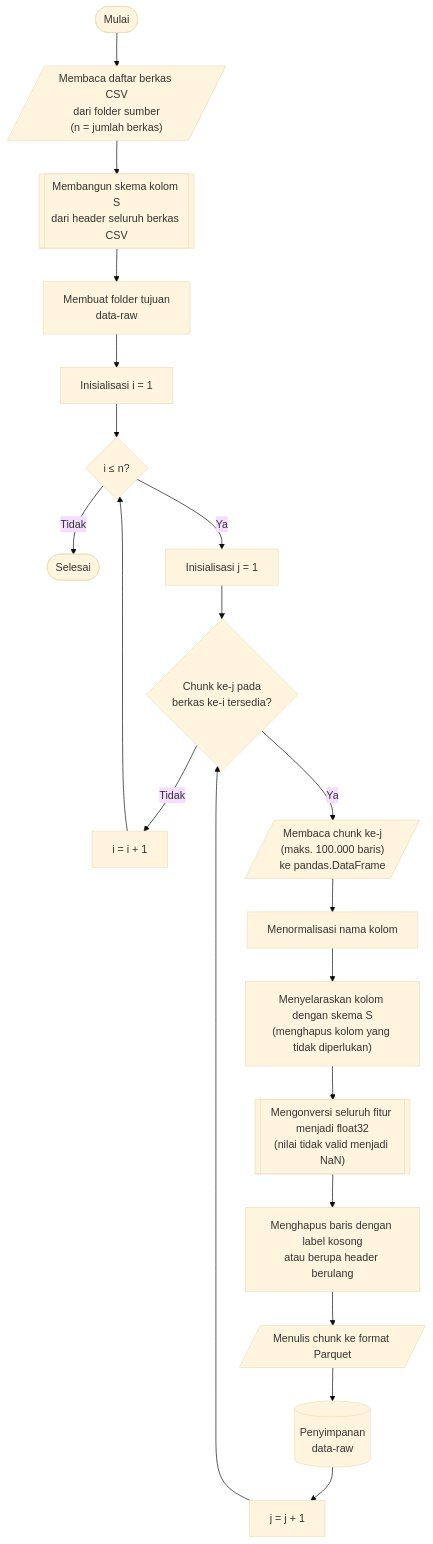
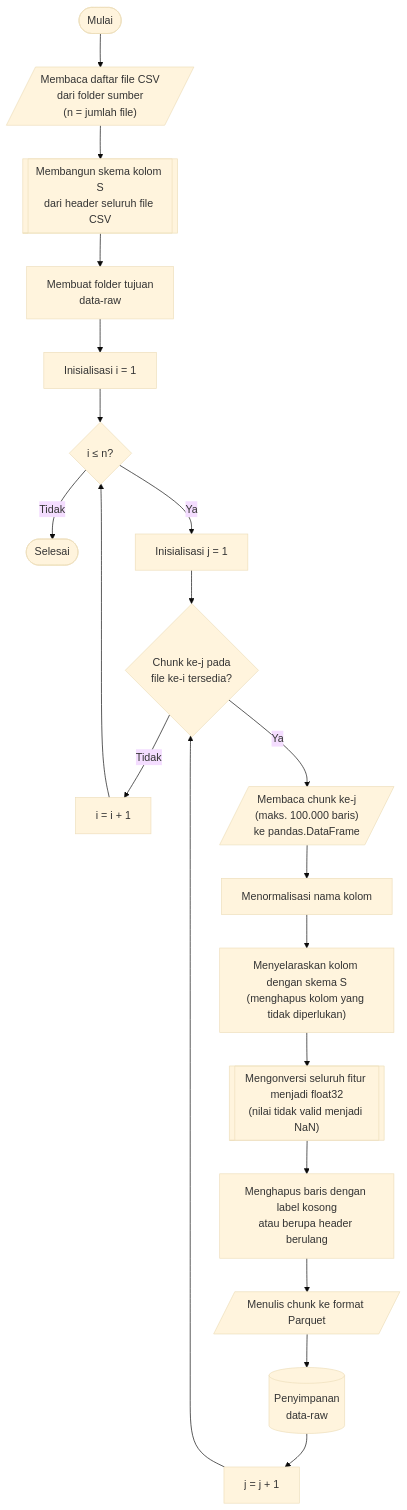
The diagram in thesis/04_bab_04/01_proses_pemuatan_data.md (JoxNeis/mlids-robustness), drawn with Mermaid (base theme) before and after one commit. The commit also changed other lines of this file and 27 other files, not shown here.

````diff
--- a/thesis/04_bab_04/01_proses_pemuatan_data.md
+++ b/thesis/04_bab_04/01_proses_pemuatan_data.md
@@ -18,26 +18,26 @@
 ```mermaid
 flowchart TD
     mulai(["Mulai"])
-    mulai --> input_csv[/"Membaca daftar berkas CSV<br>dari folder sumber<br>(n = jumlah berkas)"/]
-    input_csv --> skema[["Membangun skema kolom S<br>dari header seluruh berkas CSV"]]
+    mulai --> input_csv[/"Membaca daftar file CSV<br>dari folder sumber<br>(n = jumlah file)"/]
+    input_csv --> skema[["Membangun skema kolom S<br>dari header seluruh file CSV"]]
     skema --> buat_folder["Membuat folder tujuan<br>data-raw"]
     buat_folder --> init_i["Inisialisasi i = 1"]
     init_i --> cek_i{"i ≤ n?"}
 
     cek_i -->|"Tidak"| selesai(["Selesai"])
     cek_i -->|"Ya"| init_j["Inisialisasi j = 1"]
-    init_j --> cek_j{"Chunk ke-j pada<br>berkas ke-i tersedia?"}
+    init_j --> cek_j{"Chunk ke-j pada<br>file ke-i tersedia?"}
 
     cek_j -->|"Tidak"| inc_i["i = i + 1"]
     inc_i --> cek_i
 
     cek_j -->|"Ya"| baca_chunk[/"Membaca chunk ke-j<br>(maks. 100.000 baris)<br>ke pandas.DataFrame"/]
     baca_chunk --> norm_kolom["Menormalisasi nama kolom"]
     norm_kolom --> selaras["Menyelaraskan kolom dengan skema S<br>(menghapus kolom yang tidak diperlukan)"]
     selaras --> cast_float[["Mengonversi seluruh fitur menjadi float32<br>(nilai tidak valid menjadi NaN)"]]
     cast_float --> hapus_label["Menghapus baris dengan label kosong<br>atau berupa header berulang"]
     hapus_label --> tulis[/"Menulis chunk ke format Parquet"/]
     tulis --> simpan[("Penyimpanan<br>data-raw")]
     simpan --> inc_j["j = j + 1"]
     inc_j --> cek_j
 ```
````
